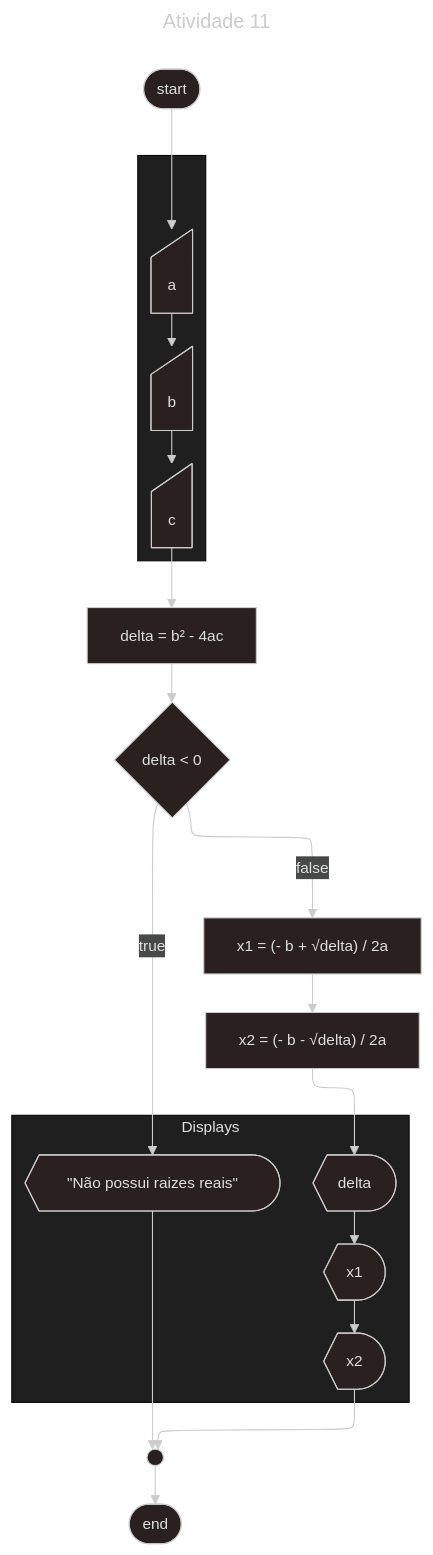
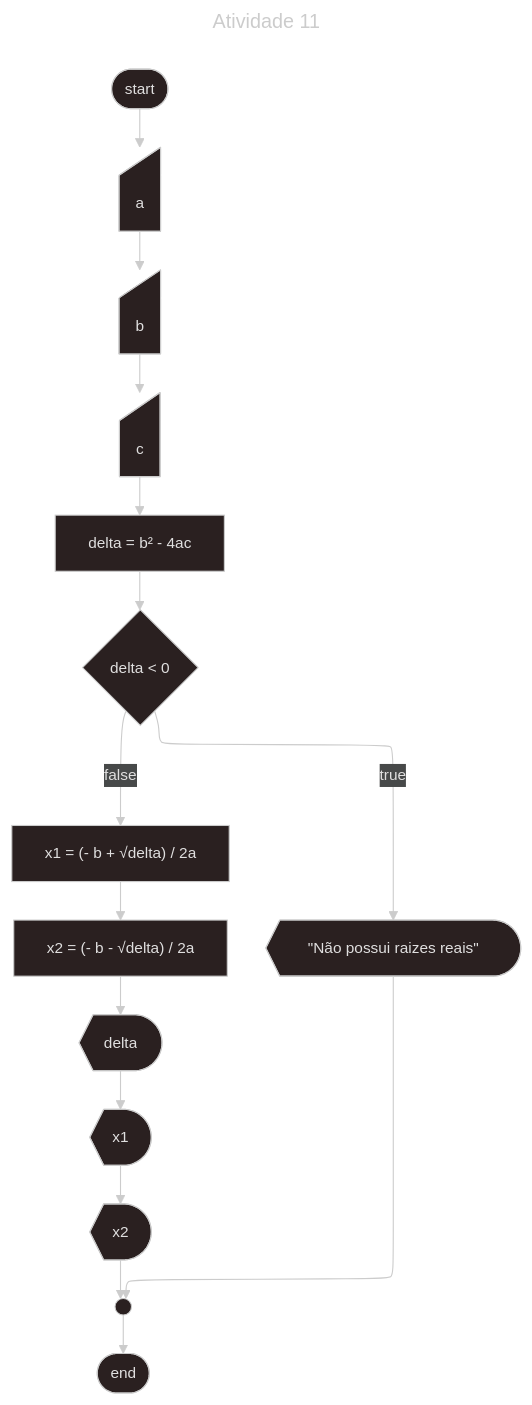
One commit to kf-martins-uel/algoritmos-atividade1 changed the fifth of 9 diagrams in Parte-2/README.md. Above: the diagram before and after it, drawn with Mermaid. The commit also changed other lines of this file and 7 other files, not shown here.

````diff
--- a/Parte-2/README.md
+++ b/Parte-2/README.md
@@ -245,32 +239,32 @@
 ```mermaid
 ---
 config:
   theme: neo-dark
   layout: elk
 title: Atividade 11
 ---
 flowchart TD
     start([start])
     fim([end])
     conector@{shape: circle, label: " "}
-    subgraph " "
+
         a@{shape: manual-input}
         b@{shape: manual-input}
         c@{shape: manual-input}
-    end
+
     delta["delta = b² - 4ac"]
     x1["x1 = (- b + √delta) / 2a"]
     x2["x2 = (- b - √delta) / 2a"]
-    subgraph Displays
+
         ddelta@{shape: display, label: "delta"}
         dx1@{shape: display, label: "x1"}
         dx2@{shape: display, label: "x2"}
         invalido@{shape: display, label: "\"Não possui raizes reais\""}
-    end
+
     if{delta < 0}
     start --> a --> b --> c --> delta --> if
     if --> |true| invalido
     if --> |false| x1 --> x2 --> ddelta --> dx1 --> dx2 --> conector
     invalido --> conector
     conector --> fim
 ```
````
